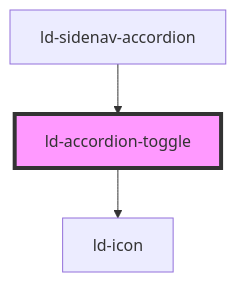
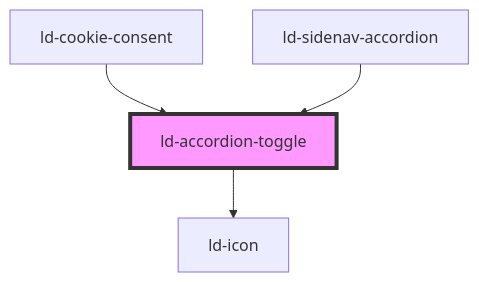
The diagram in src/liquid/components/ld-accordion/ld-accordion-toggle/readme.md (emdgroup-liquid/liquid), drawn with Mermaid before and after one commit. The commit also changed other lines of this file and 41 other files, not shown here.

Commit message:
feat(ld-cookie-consent): component which helps to comply with privacy regulations

````diff
--- a/src/liquid/components/ld-accordion/ld-accordion-toggle/readme.md
+++ b/src/liquid/components/ld-accordion/ld-accordion-toggle/readme.md
@@ -80,6 +81,7 @@
 ```mermaid
 graph TD;
   ld-accordion-toggle --> ld-icon
+  ld-cookie-consent --> ld-accordion-toggle
   ld-sidenav-accordion --> ld-accordion-toggle
   style ld-accordion-toggle fill:#f9f,stroke:#333,stroke-width:4px
 ```
````
